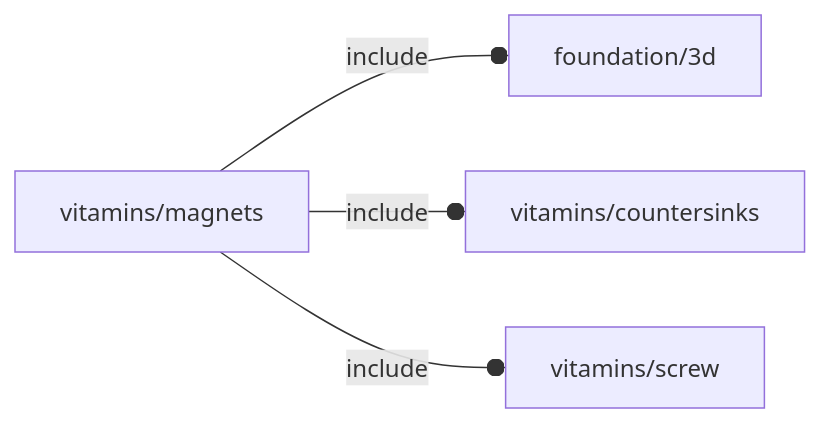
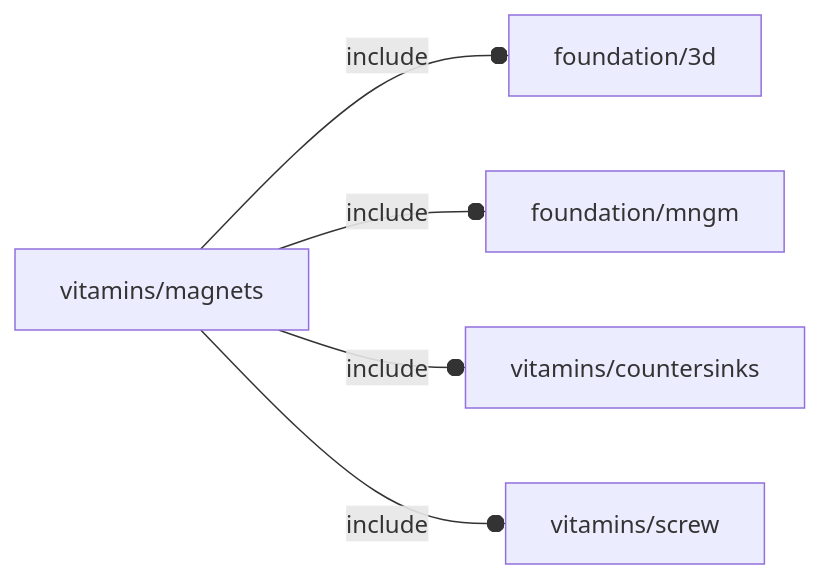
Before and after one commit to ggabbiani/OFL: the diagram in orthodocs/vitamins/magnets.md, drawn with Mermaid. The commit also changed 39 other files, not shown here.

````diff
--- a/orthodocs/vitamins/magnets.md
+++ b/orthodocs/vitamins/magnets.md
@@ -5,6 +5,7 @@
 ```mermaid
 graph LR
     A1[vitamins/magnets] --o|include| A2[foundation/3d]
-    A1 --o|include| A3[vitamins/countersinks]
-    A1 --o|include| A4[vitamins/screw]
+    A1 --o|include| A3[foundation/mngm]
+    A1 --o|include| A4[vitamins/countersinks]
+    A1 --o|include| A5[vitamins/screw]
 ```
````
